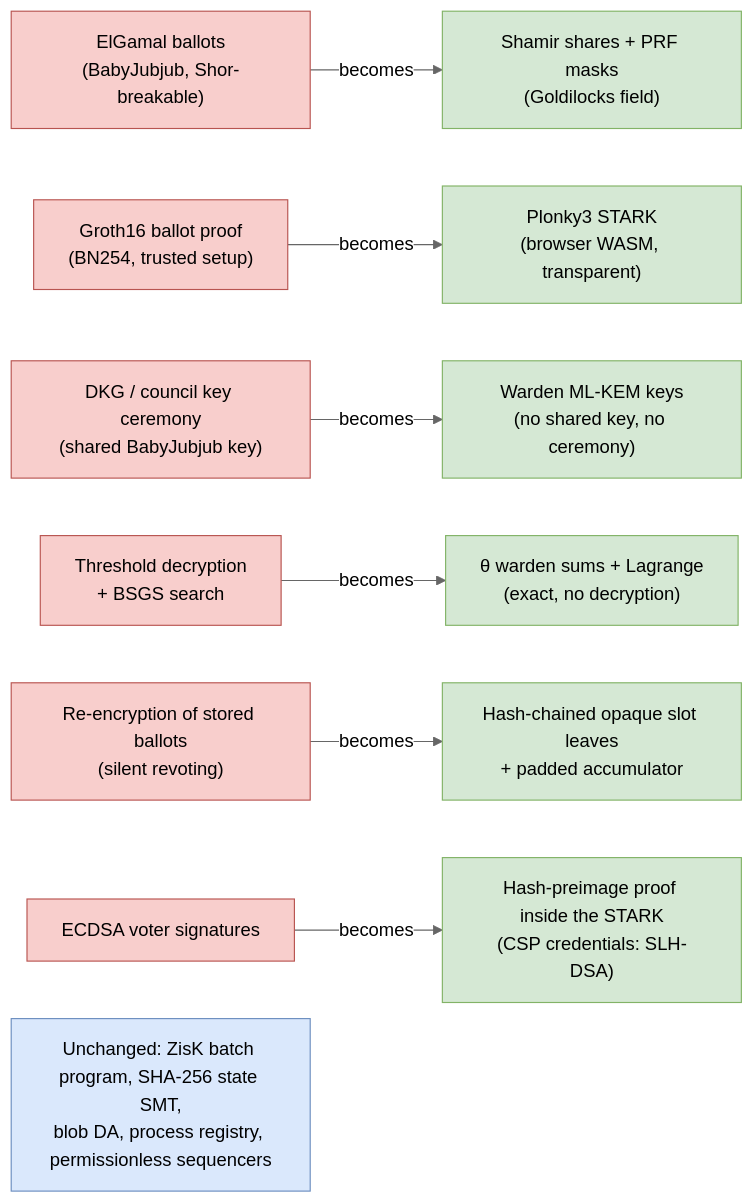
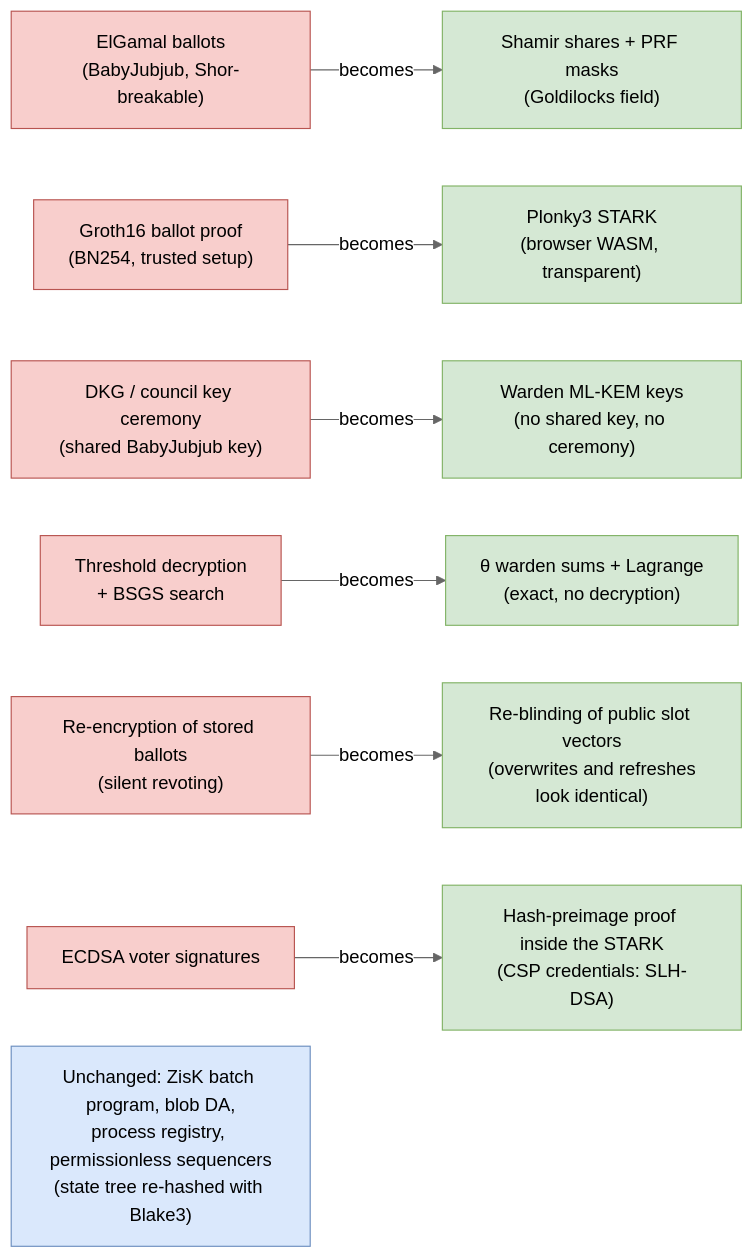
The diagram in v3-pq/figures/src/architecture-delta.mmd (vocdoni/davinci-paper), drawn with Mermaid (neutral theme) before and after one commit. The commit also changed 12 other files, not shown here.

```diff
--- a/v3-pq/figures/src/architecture-delta.mmd
+++ b/v3-pq/figures/src/architecture-delta.mmd
@@ -1,11 +1,11 @@
 flowchart LR
   classDef v2 fill:#f8cecc,stroke:#b85450;
   classDef v3 fill:#d5e8d4,stroke:#82b366;
   classDef keep fill:#dae8fc,stroke:#6c8ebf;
   a1["ElGamal ballots<br/>(BabyJubjub, Shor-breakable)"]:::v2 -->|becomes| b1["Shamir shares + PRF masks<br/>(Goldilocks field)"]:::v3
   a2["Groth16 ballot proof<br/>(BN254, trusted setup)"]:::v2 -->|becomes| b2["Plonky3 STARK<br/>(browser WASM, transparent)"]:::v3
   a3["DKG / council key ceremony<br/>(shared BabyJubjub key)"]:::v2 -->|becomes| b3["Warden ML-KEM keys<br/>(no shared key, no ceremony)"]:::v3
   a4["Threshold decryption<br/>+ BSGS search"]:::v2 -->|becomes| b4["θ warden sums + Lagrange<br/>(exact, no decryption)"]:::v3
-  a5["Re-encryption of stored ballots<br/>(silent revoting)"]:::v2 -->|becomes| b5["Hash-chained opaque slot leaves<br/>+ padded accumulator"]:::v3
+  a5["Re-encryption of stored ballots<br/>(silent revoting)"]:::v2 -->|becomes| b5["Re-blinding of public slot vectors<br/>(overwrites and refreshes<br/>look identical)"]:::v3
   a6["ECDSA voter signatures"]:::v2 -->|becomes| b6["Hash-preimage proof inside the STARK<br/>(CSP credentials: SLH-DSA)"]:::v3
-  k1["Unchanged: ZisK batch program, SHA-256 state SMT,<br/>blob DA, process registry, permissionless sequencers"]:::keep
+  k1["Unchanged: ZisK batch program, blob DA,<br/>process registry, permissionless sequencers<br/>(state tree re-hashed with Blake3)"]:::keep
```
